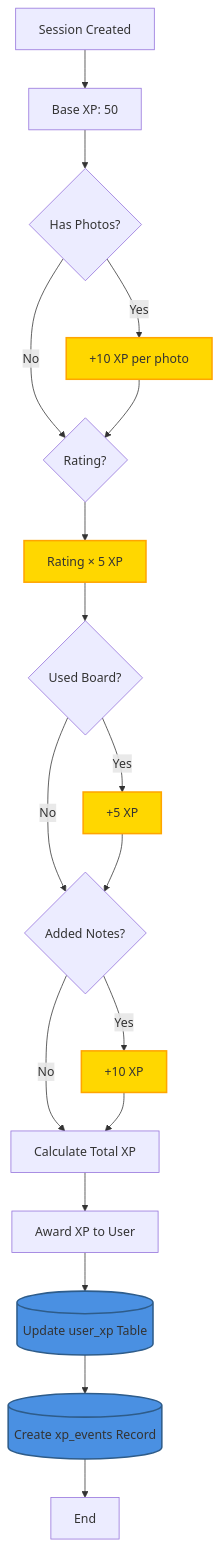
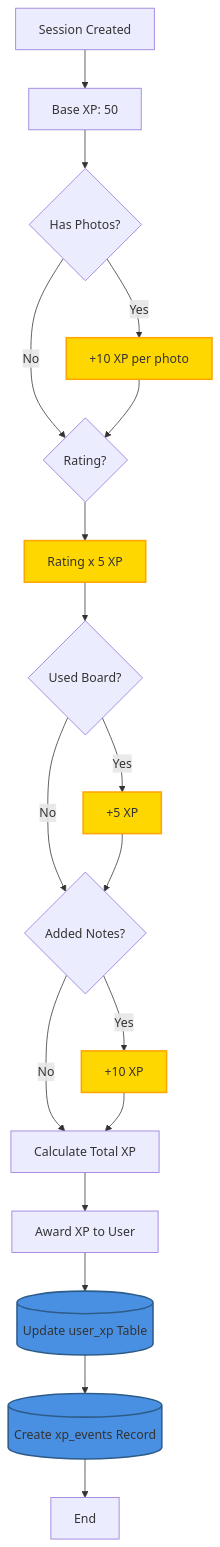
Before and after one commit to SteveChandler/quiver: the fourth of 5 diagrams in docs/diagrams/session-creation-flow.md, drawn with Mermaid. The commit also changed other lines of this file and 22 other files, not shown here.

````diff
--- a/docs/diagrams/session-creation-flow.md
+++ b/docs/diagrams/session-creation-flow.md
@@ -548,34 +716,34 @@
 ```mermaid
 graph TD
     Start[Session Created] --> Base[Base XP: 50]
     Base --> CheckPhotos{Has Photos?}
 
     CheckPhotos -->|Yes| PhotoBonus[+10 XP per photo]
     CheckPhotos -->|No| CheckRating
 
     PhotoBonus --> CheckRating{Rating?}
 
-    CheckRating --> RatingBonus[Rating × 5 XP]
+    CheckRating --> RatingBonus[Rating x 5 XP]
     RatingBonus --> CheckBoard{Used Board?}
 
     CheckBoard -->|Yes| BoardBonus[+5 XP]
     CheckBoard -->|No| CheckNotes
 
     BoardBonus --> CheckNotes{Added Notes?}
 
     CheckNotes -->|Yes| NotesBonus[+10 XP]
     CheckNotes -->|No| Total
 
     NotesBonus --> Total[Calculate Total XP]
     Total --> Award[Award XP to User]
 
     Award --> UpdateDB[(Update user_xp Table)]
     UpdateDB --> CreateEvent[(Create xp_events Record)]
     CreateEvent --> End[End]
 
     classDef bonusClass fill:#FFD700,stroke:#FFA500,stroke-width:2px
     classDef dbClass fill:#4A90E2,stroke:#2E5C8A,stroke-width:2px
 
     class PhotoBonus,RatingBonus,BoardBonus,NotesBonus bonusClass
     class UpdateDB,CreateEvent dbClass
 ```
````
